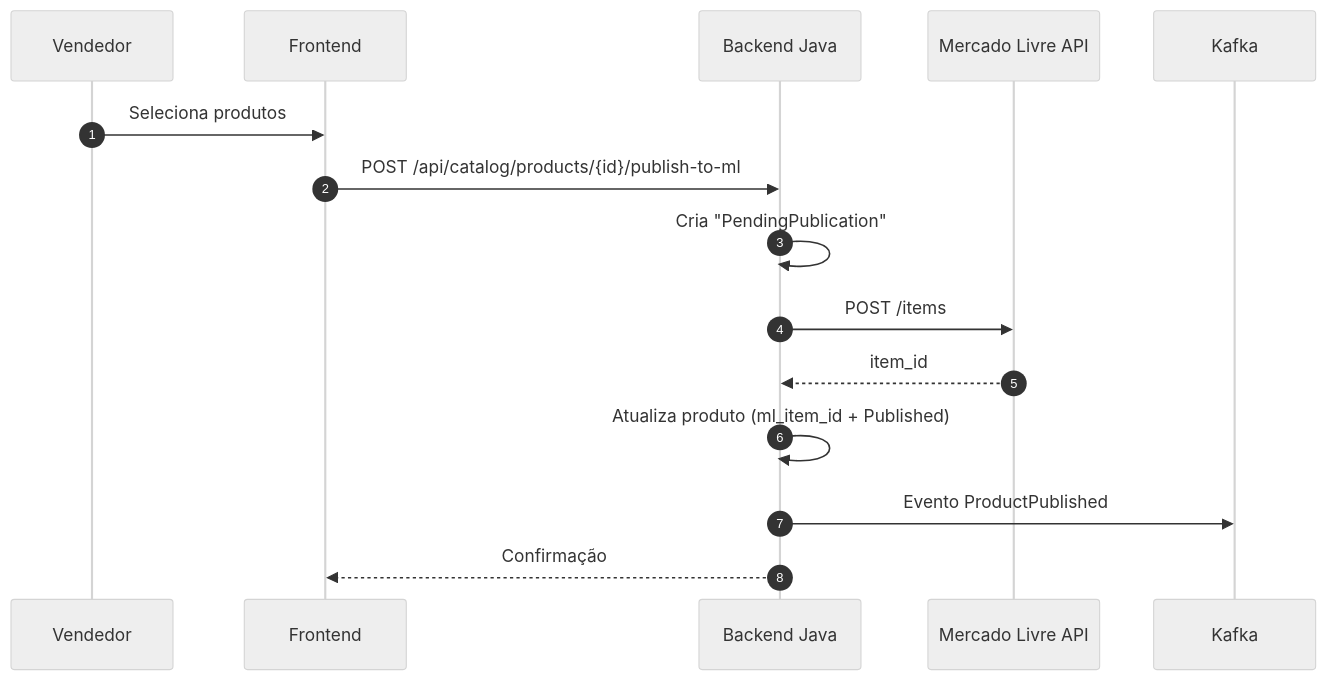
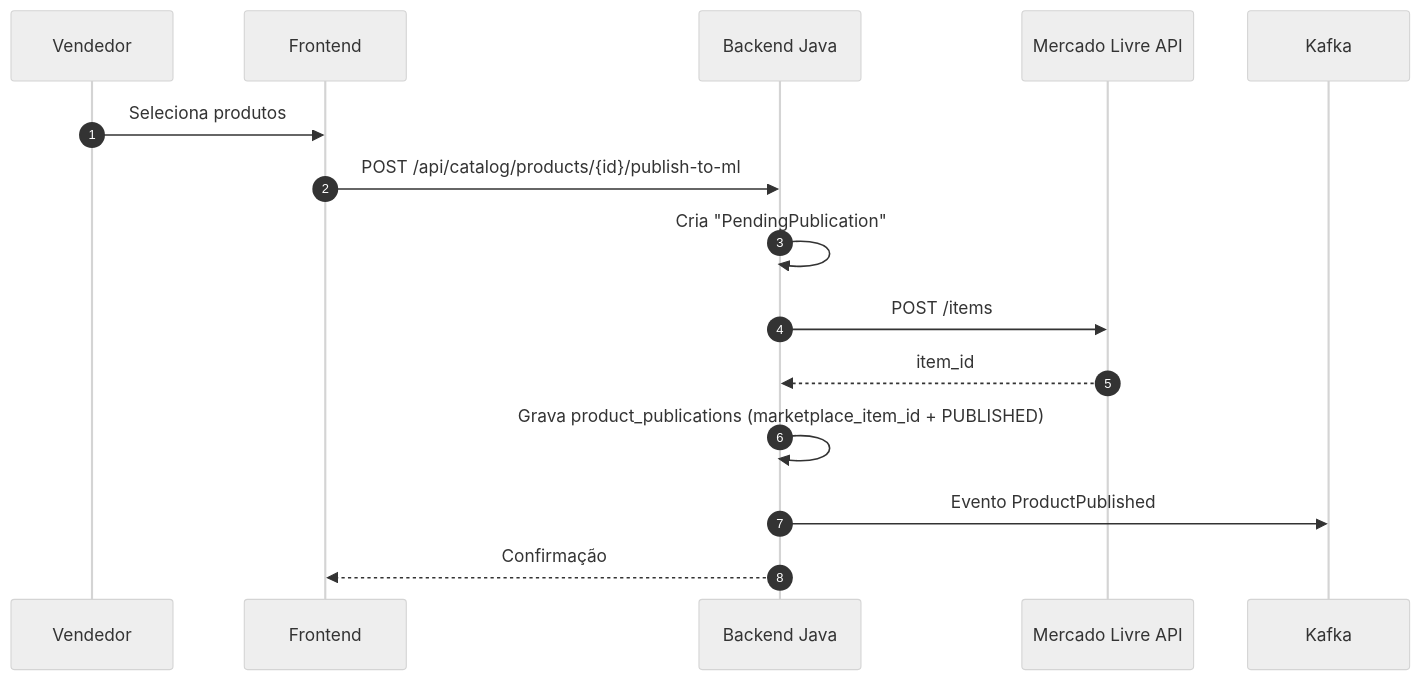
One commit to jhowzin-dev/ERP changed the ninth of 22 diagrams in README.md. Above: the diagram before and after it, drawn with Mermaid (neutral theme). The commit also changed other lines of this file and 1 other file, not shown here.

````diff
--- a/README.md
+++ b/README.md
@@ -602,18 +683,18 @@
 ```mermaid
 sequenceDiagram
     autonumber
     participant V as Vendedor
     participant FE as Frontend
     participant BE as Backend Java
     participant ML as Mercado Livre API
     participant K as Kafka
 
     V->>FE: Seleciona produtos
     FE->>BE: POST /api/catalog/products/{id}/publish-to-ml
     BE->>BE: Cria "PendingPublication"
     BE->>ML: POST /items
     ML-->>BE: item_id
-    BE->>BE: Atualiza produto (ml_item_id + Published)
+    BE->>BE: Grava product_publications (marketplace_item_id + PUBLISHED)
     BE->>K: Evento ProductPublished
     BE-->>FE: Confirmação
 ```
````
